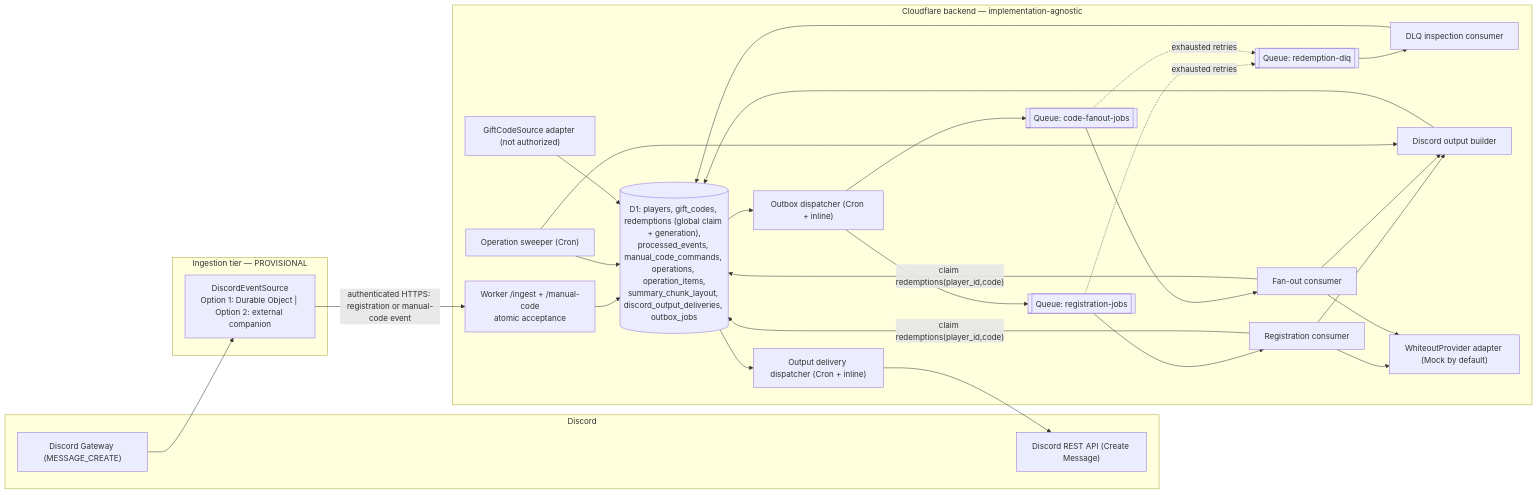
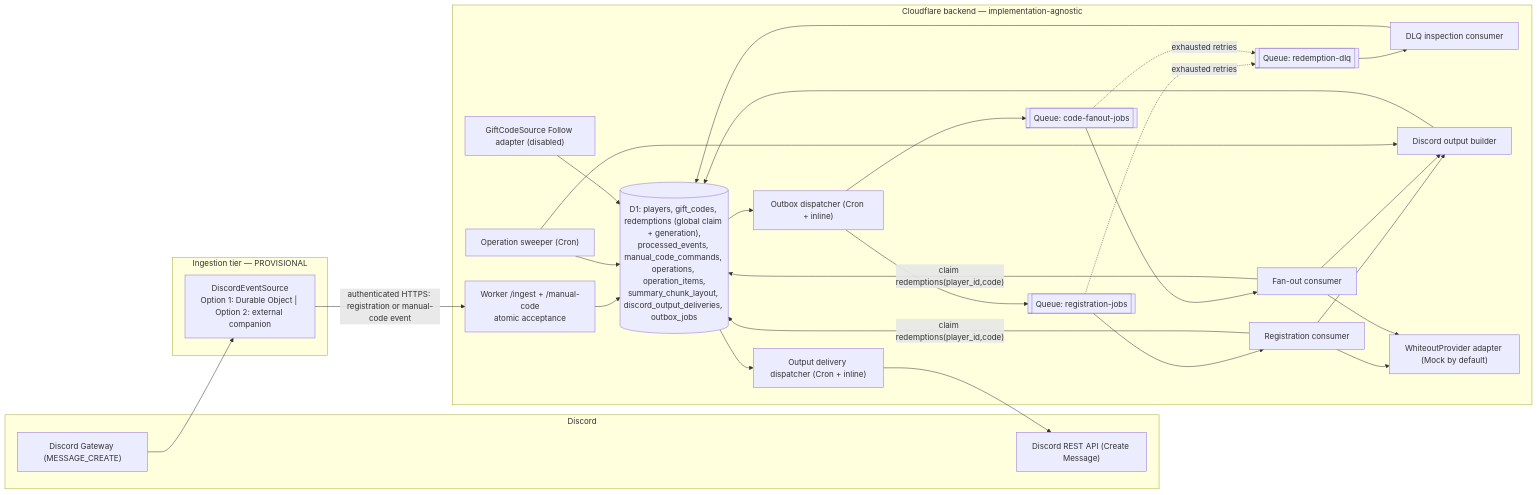
One commit to Tor-Production/wos-rewards-service changed the diagram in docs/architecture.md. Above: the diagram before and after it, drawn with Mermaid. The commit also changed other lines of this file and 33 other files, not shown here.

Commit message:
feat: add disabled Discord Follow code intake

````diff
--- a/docs/architecture.md
+++ b/docs/architecture.md
@@ -121,52 +121,52 @@
 ```mermaid
 flowchart LR
   subgraph DISCORD["Discord"]
     GW["Discord Gateway (MESSAGE_CREATE)"]
     REST["Discord REST API (Create Message)"]
   end
 
   subgraph ING_TIER["Ingestion tier — PROVISIONAL"]
     SRC["DiscordEventSource<br/>Option 1: Durable Object | Option 2: external companion"]
   end
 
   subgraph CF["Cloudflare backend — implementation-agnostic"]
     ING["Worker /ingest + /manual-code<br/>atomic acceptance"]
     D1[("D1: players, gift_codes, redemptions (global claim + generation),<br/>processed_events, manual_code_commands, operations, operation_items,<br/>summary_chunk_layout, discord_output_deliveries, outbox_jobs")]
     DISP["Outbox dispatcher (Cron + inline)"]
     Q1[["Queue: registration-jobs"]]
     Q2[["Queue: code-fanout-jobs"]]
     DLQ[["Queue: redemption-dlq"]]
     RC["Registration consumer"]
     FC["Fan-out consumer"]
     DLC["DLQ inspection consumer"]
     SWEEP["Operation sweeper (Cron)"]
     OUTD["Output delivery dispatcher (Cron + inline)"]
     OUT["Discord output builder"]
     PROV["WhiteoutProvider adapter (Mock by default)"]
-    GCS["GiftCodeSource adapter (not authorized)"]
+    GCS["GiftCodeSource Follow adapter (disabled)"]
   end
 
   GW --> SRC
   SRC -->|"authenticated HTTPS: registration or manual-code event"| ING
   ING --> D1
   D1 --> DISP
   DISP --> Q1
   DISP --> Q2
   Q1 --> RC
   Q2 --> FC
   RC -->|"claim redemptions(player_id,code)"| D1
   FC -->|"claim redemptions(player_id,code)"| D1
   RC --> PROV
   FC --> PROV
   Q1 -. "exhausted retries" .-> DLQ
   Q2 -. "exhausted retries" .-> DLQ
   DLQ --> DLC --> D1
   SWEEP --> D1
   RC --> OUT
   FC --> OUT
   SWEEP --> OUT
   OUT --> D1
   D1 --> OUTD
   OUTD --> REST
   GCS --> D1
 ```
````
